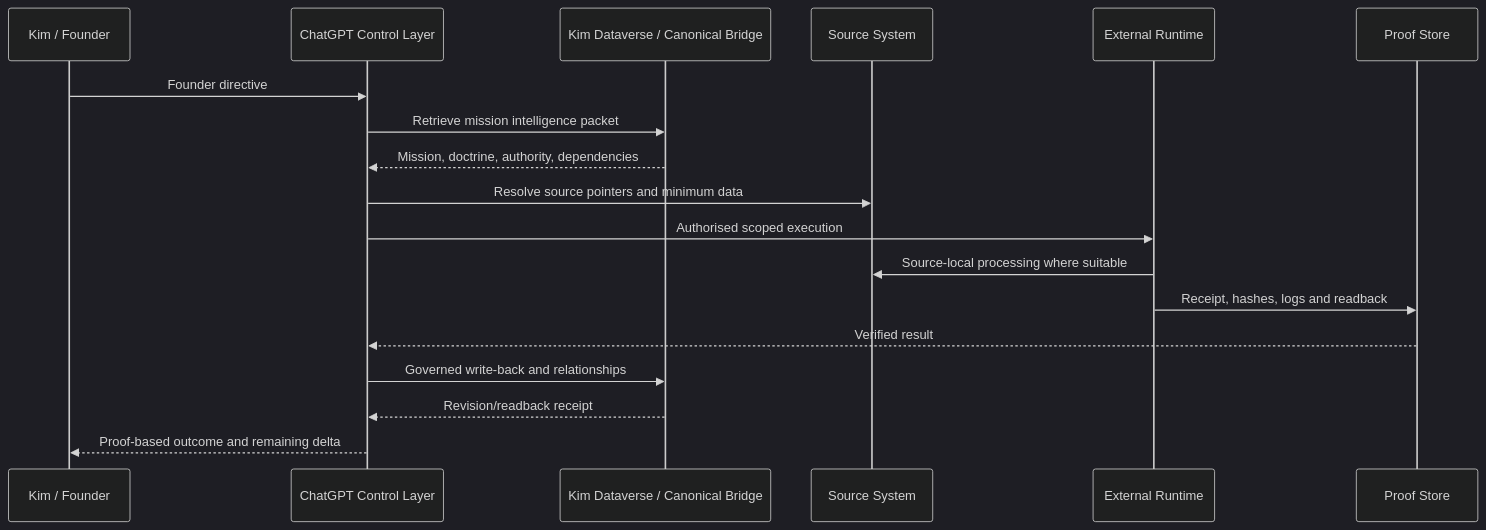
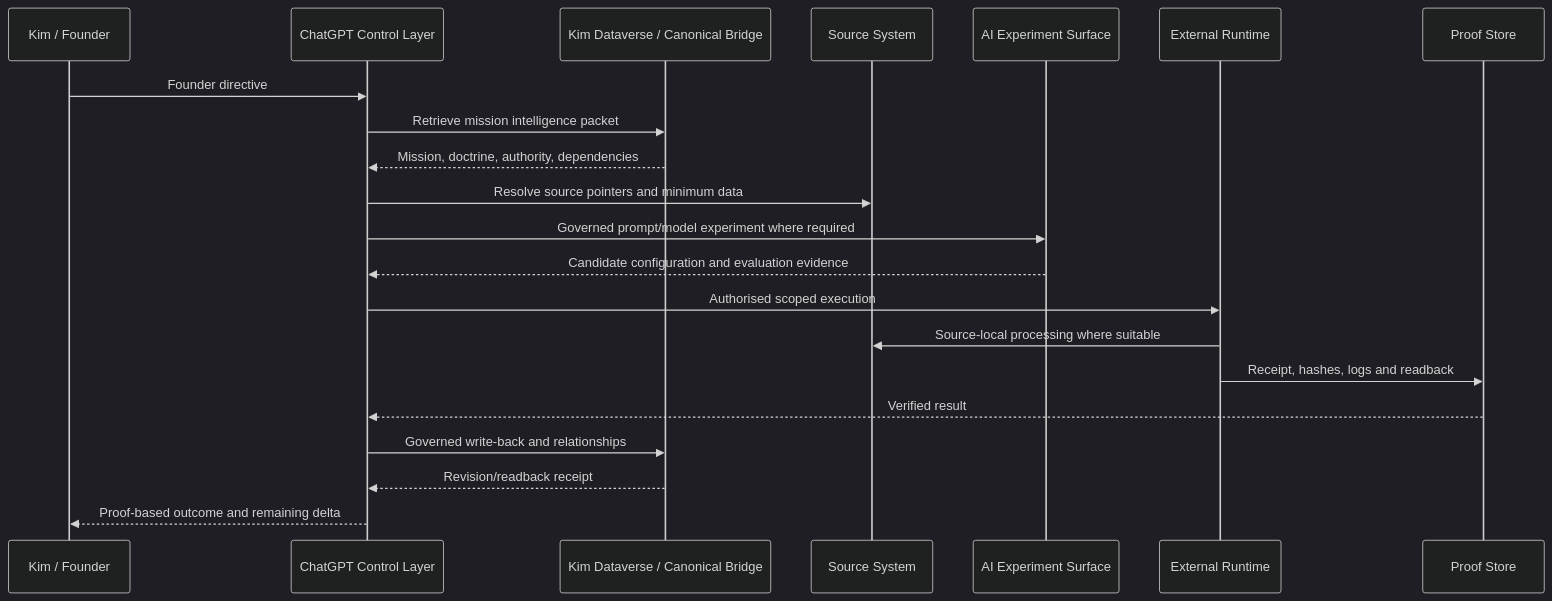
The second of 2 diagrams in docs/ict/KIM_DATAVERSE_ESTATE_MAP.md (mosianekk-lang/Federation-Omega), drawn with Mermaid (dark theme) before and after one commit. The commit also changed other lines of this file, not shown here.

````diff
--- a/docs/ict/KIM_DATAVERSE_ESTATE_MAP.md
+++ b/docs/ict/KIM_DATAVERSE_ESTATE_MAP.md
@@ -252,21 +283,24 @@
 ```mermaid
 sequenceDiagram
     participant K as Kim / Founder
     participant C as ChatGPT Control Layer
     participant D as Kim Dataverse / Canonical Bridge
     participant S as Source System
+    participant X as AI Experiment Surface
     participant R as External Runtime
     participant P as Proof Store
 
     K->>C: Founder directive
     C->>D: Retrieve mission intelligence packet
     D-->>C: Mission, doctrine, authority, dependencies
     C->>S: Resolve source pointers and minimum data
+    C->>X: Governed prompt/model experiment where required
+    X-->>C: Candidate configuration and evaluation evidence
     C->>R: Authorised scoped execution
     R->>S: Source-local processing where suitable
     R->>P: Receipt, hashes, logs and readback
     P-->>C: Verified result
     C->>D: Governed write-back and relationships
     D-->>C: Revision/readback receipt
     C-->>K: Proof-based outcome and remaining delta
 ```
````
